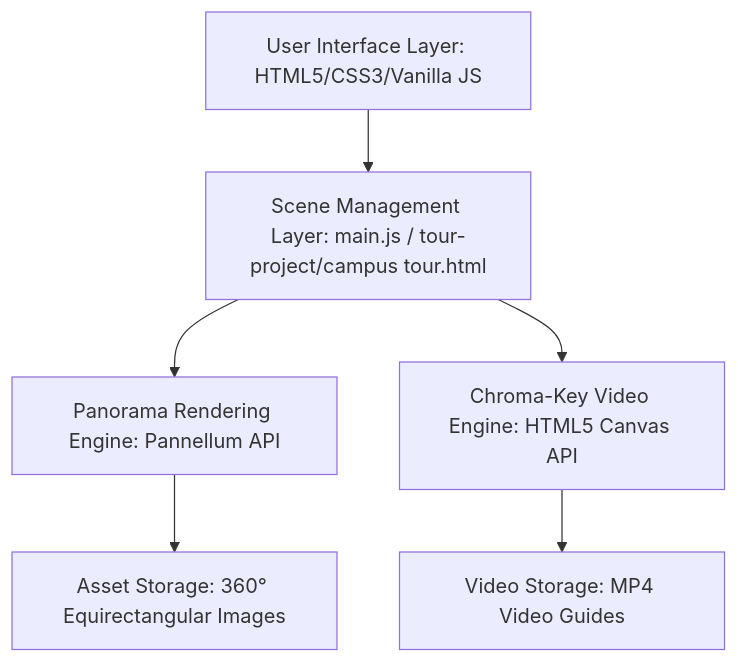
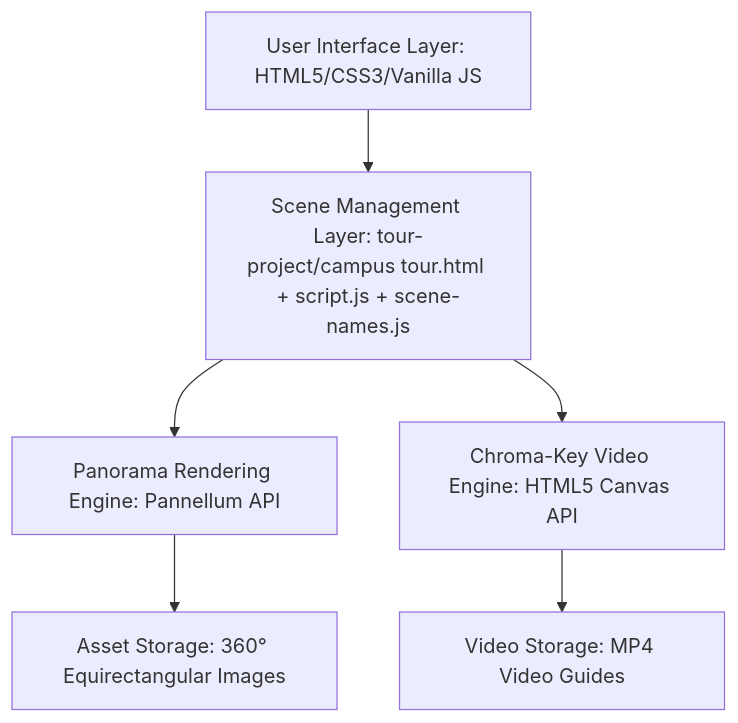
One commit to amanrock1/360-VIRTUAL-CAMPUR-TOUR changed the diagram in README.md. Above: the diagram before and after it, drawn with Mermaid. The commit also changed other lines of this file and 6 other files, not shown here.

````diff
--- a/README.md
+++ b/README.md
@@ -51,8 +51,8 @@
 ```mermaid
 graph TD
-    UI[User Interface Layer: HTML5/CSS3/Vanilla JS] --> SML[Scene Management Layer: main.js / tour-project/campus tour.html]
+    UI[User Interface Layer: HTML5/CSS3/Vanilla JS] --> SML[Scene Management Layer: tour-project/campus tour.html + script.js + scene-names.js]
     SML --> PRE[Panorama Rendering Engine: Pannellum API]
     SML --> CK[Chroma-Key Video Engine: HTML5 Canvas API]
     PRE --> AS[Asset Storage: 360° Equirectangular Images]
     CK --> VS[Video Storage: MP4 Video Guides]
 ```
````
